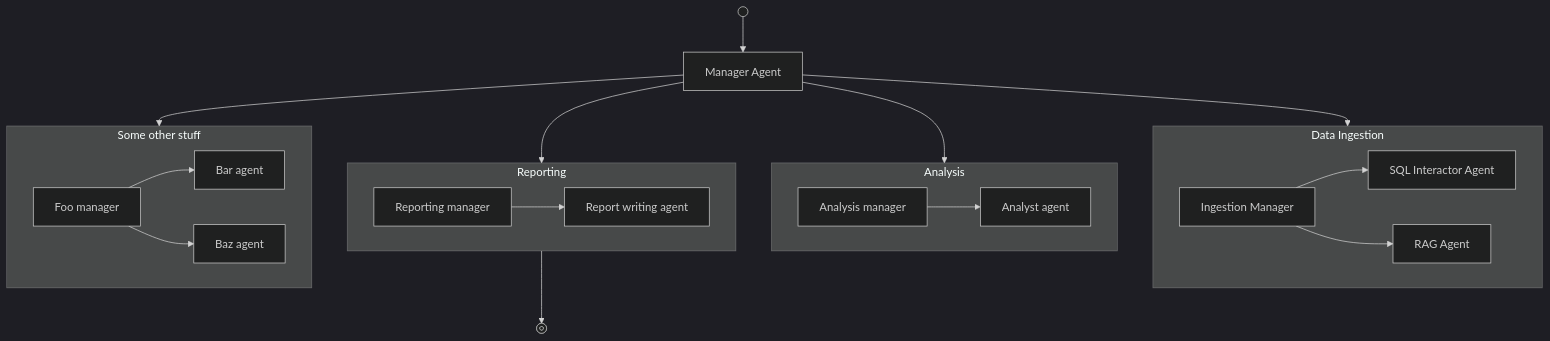
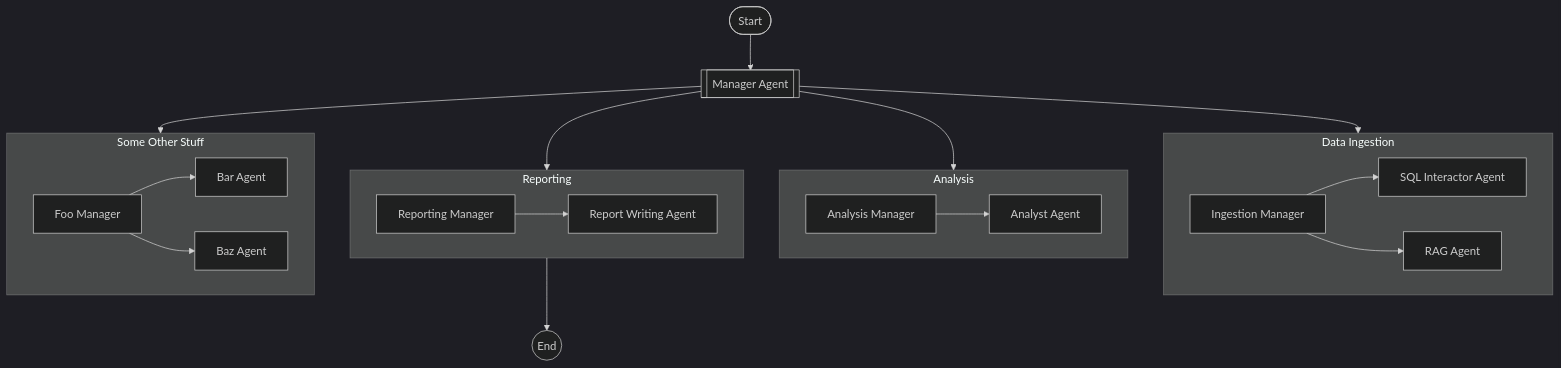
One commit to chrisvoncsefalvay/chrisvoncsefalvay.github.io changed the diagram in posts/agents-agora/index.qmd. Above: the diagram before and after it, drawn with Mermaid (dark theme).

````diff
--- a/posts/agents-agora/index.qmd
+++ b/posts/agents-agora/index.qmd
@@ -15,73 +15,43 @@
 ```{mermaid}
 flowchart TD
+    %% Define the main nodes
+    n1([Start])
+    n2[[Manager Agent]]
+    n3((End))
 
- subgraph s1["Data Ingestion"]
+    %% Subgraph 1: Data Ingestion
+    subgraph s1["Data Ingestion"]
+        n11["Ingestion Manager"]
+        n12["SQL Interactor Agent"]
+        n13["RAG Agent"]
+        n11 --> n12
+        n11 --> n13
+    end
 
-        n11["Ingestion Manager"]
+    %% Subgraph 2: Analysis
+    subgraph s2["Analysis"]
+        n21["Analysis Manager"]
+        n22["Analyst Agent"]
+        n21 --> n22
+    end
 
-        n12["SQL Interactor Agent"]
+    %% Subgraph 3: Reporting
+    subgraph s3["Reporting"]
+        n33["Reporting Manager"]
+        n34["Report Writing Agent"]
+        n33 --> n34
+    end
 
-        n13["RAG Agent"]
+    %% Subgraph 4: Some Other Stuff
+    subgraph s4["Some Other Stuff"]
+        n41["Foo Manager"]
+        n42["Bar Agent"]
+        n43["Baz Agent"]
+        n41 --> n42 & n43
+    end
 
-        n11 --> n12
-
-        n11 --> n13
-
-  
-
-  end
-
-  
-
-    subgraph s2["Analysis"]
-
-        n21["Analysis manager"]
-
-        n22["Analyst agent"]
-
-        n21 --> n22
-
-    end
-
-  
-
-    subgraph s3["Reporting"]
-
-        n33["Reporting manager"]
-
-        n34["Report writing agent"]
-
-        n33 --> n34
-
-    end
-
-  
-
-    subgraph s4["Some other stuff"]
-
-        n41["Foo manager"]
-
-        n42["Bar agent"]
-
-        n43["Baz agent"]
-
-        n41 --> n42 & n43
-
-    end
-
-  
-
-    n1["Start"] --> n2["Manager Agent"]
-
-    n2 --> s1 & s2 & s3 & s4
-
-    s3 --> n3
-
-  
-
-    n2@{ shape: proc}
-
-    n1@{ shape: start}
-
-    n3@{ shape: stop }
+    %% Main flow
+    n1 --> n2
+    n2 --> s1 & s2 & s3 & s4
+    s3 --> n3
 ```
````
